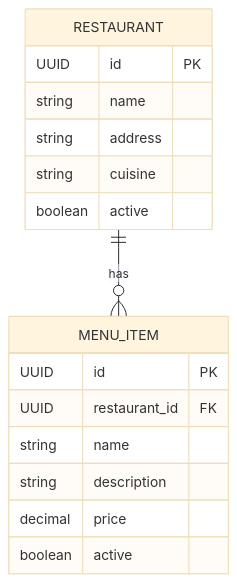
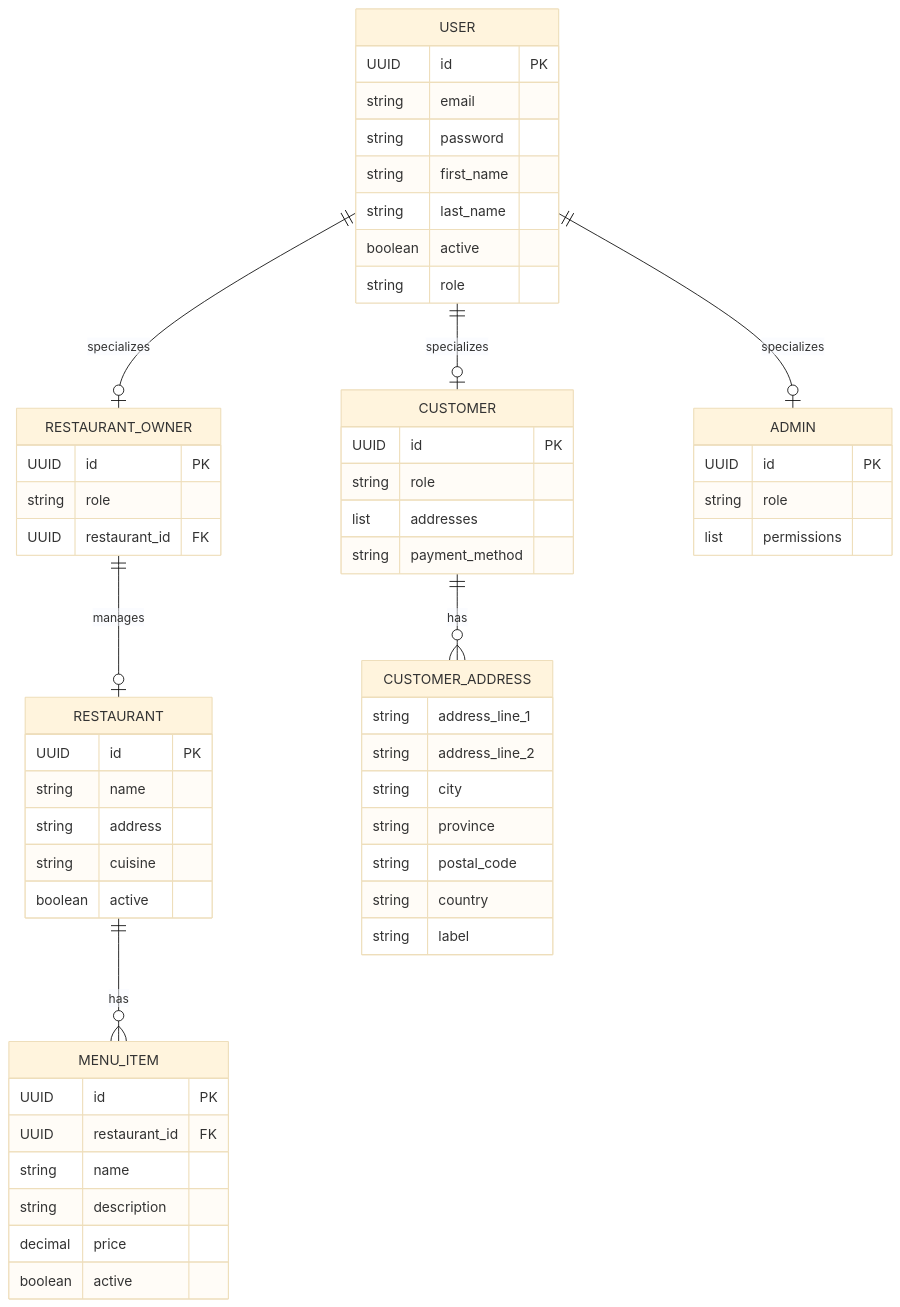
One commit to Harshlall92/Food-Delivery-project changed the ninth of 10 diagrams in docs/Software-Requirements-Specification.md. Above: the diagram before and after it, drawn with Mermaid (base theme). The commit also changed other lines of this file, not shown here.

````diff
--- a/docs/Software-Requirements-Specification.md
+++ b/docs/Software-Requirements-Specification.md
@@ -821,19 +1060,59 @@
 ```mermaid
 erDiagram
     RESTAURANT {
         UUID id PK
         string name
         string address
         string cuisine
         boolean active
     }
     MENU_ITEM {
         UUID id PK
         UUID restaurant_id FK
         string name
         string description
         decimal price
         boolean active
     }
+    USER {
+        UUID id PK
+        string email
+        string password
+        string first_name
+        string last_name
+        boolean active
+        string role
+    }
+    CUSTOMER {
+        UUID id PK
+        string role
+        list addresses
+        string payment_method
+    }
+    RESTAURANT_OWNER {
+        UUID id PK
+        string role
+        UUID restaurant_id FK
+    }
+    ADMIN {
+        UUID id PK
+        string role
+        list permissions
+    }
+    CUSTOMER_ADDRESS {
+        string address_line_1
+        string address_line_2
+        string city
+        string province
+        string postal_code
+        string country
+        string label
+    }
+
+    USER ||--o| CUSTOMER : specializes
+    USER ||--o| RESTAURANT_OWNER : specializes
+    USER ||--o| ADMIN : specializes
+    CUSTOMER ||--o{ CUSTOMER_ADDRESS : has
+    RESTAURANT_OWNER ||--o| RESTAURANT : manages
     RESTAURANT ||--o{ MENU_ITEM : has
 ```
````
